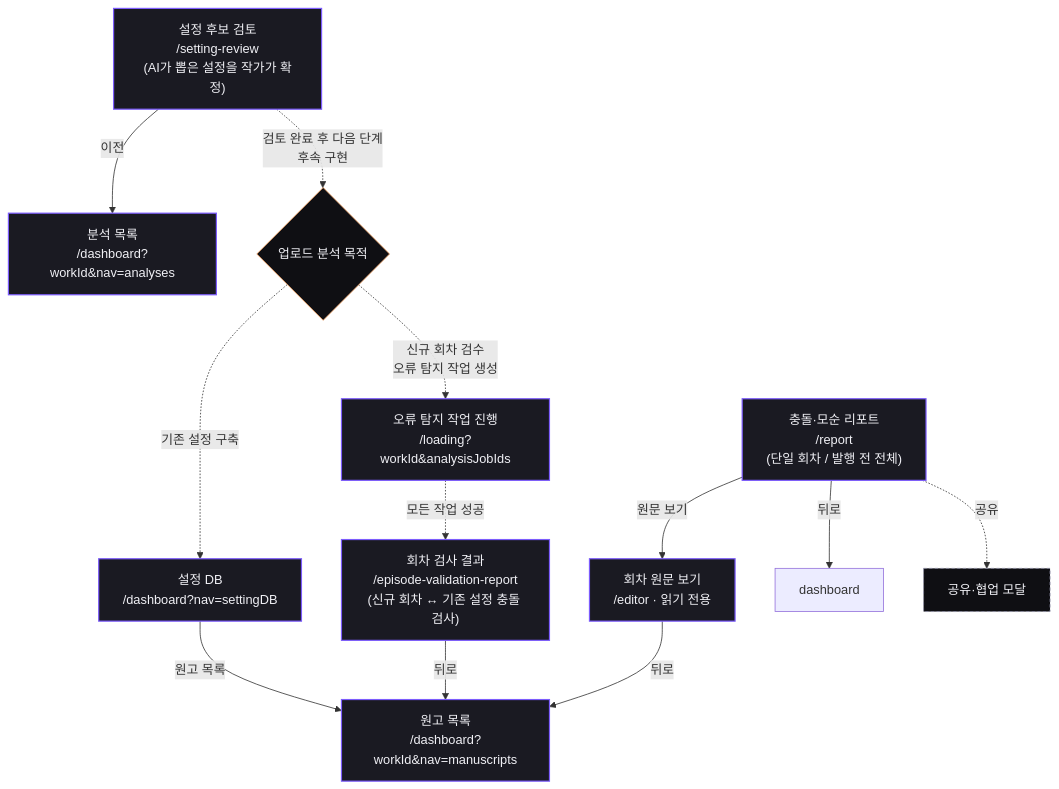
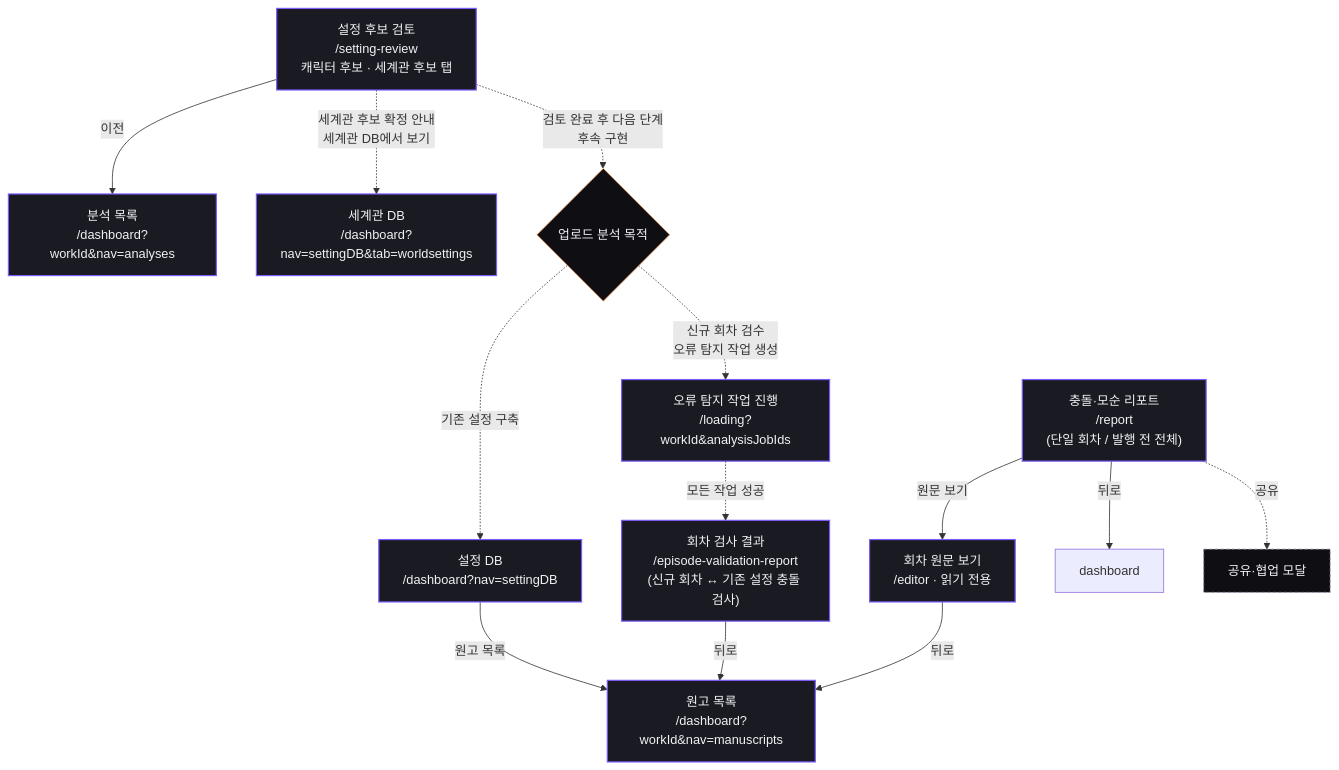
One commit to catchhole-soma/catchhole-front changed the seventh of 7 diagrams in docs/screen-flow.md. Above: the diagram before and after it, drawn with Mermaid. The commit also changed other lines of this file and 12 other files, not shown here.

First line of the commit message:
docs(world-setting): 세계관 후보와 DB 설계를 정리한다

````diff
--- a/docs/screen-flow.md
+++ b/docs/screen-flow.md
@@ -392,29 +408,31 @@
 ```mermaid
 flowchart TD
-  review["설정 후보 검토<br/>/setting-review<br/>(AI가 뽑은 설정을 작가가 확정)"]:::private
+  review["설정 후보 검토<br/>/setting-review<br/>캐릭터 후보 · 세계관 후보 탭"]:::private
   review -- "이전" --> analyses["분석 목록<br/>/dashboard?workId&nav=analyses"]:::private
 
   manuscripts["원고 목록<br/>/dashboard?workId&nav=manuscripts"]:::private
 
   settingDB["설정 DB<br/>/dashboard?nav=settingDB"]:::private
+  worldDB["세계관 DB<br/>/dashboard?nav=settingDB&tab=worldsettings"]:::private
   purpose{"업로드 분석 목적"}:::decision
   review -. "검토 완료 후 다음 단계<br/>후속 구현" .-> purpose
+  review -. "세계관 후보 확정 안내<br/>세계관 DB에서 보기" .-> worldDB
   purpose -. "기존 설정 구축" .-> settingDB
   settingDB -- "원고 목록" --> manuscripts
 
   valreport["회차 검사 결과<br/>/episode-validation-report<br/>(신규 회차 ↔ 기존 설정 충돌 검사)"]:::private
   validation["오류 탐지 작업 진행<br/>/loading?workId&analysisJobIds"]:::private
   purpose -. "신규 회차 검수<br/>오류 탐지 작업 생성" .-> validation
   validation -. "모든 작업 성공" .-> valreport
   valreport -- "뒤로" --> manuscripts
 
   report["충돌·모순 리포트<br/>/report<br/>(단일 회차 / 발행 전 전체)"]:::private
   report -- "원문 보기" --> source["회차 원문 보기<br/>/editor · 읽기 전용"]:::private
   source -- "뒤로" --> manuscripts
   report -- "뒤로" --> dashboard
   report -. "공유" .-> share["공유·협업 모달"]:::modal
 
   classDef private fill:#1A1A22,stroke:#7C5CFC,stroke-width:1.5px,color:#F0F0F5;
   classDef modal fill:#0F0F13,stroke:#9090A8,stroke-dasharray:4 3,color:#F0F0F5;
   classDef decision fill:#0F0F13,stroke:#F4A261,color:#F0F0F5;
 ```
````
